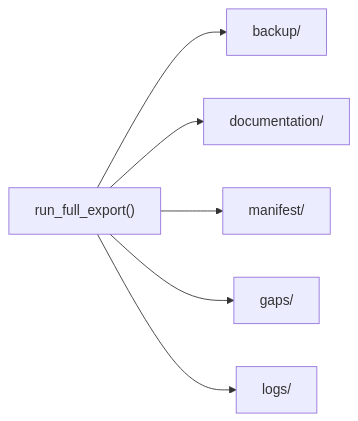
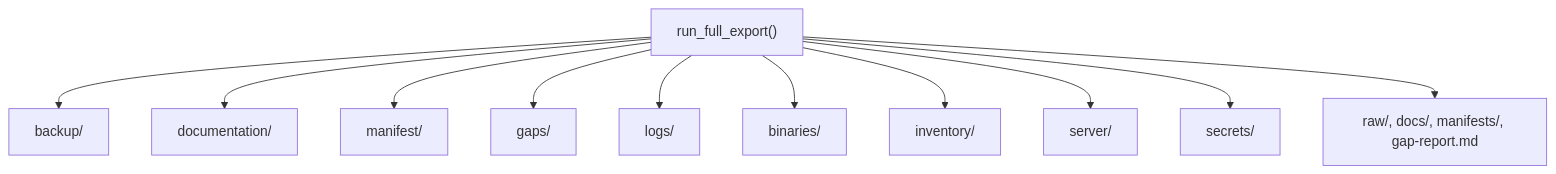
The diagram in docs/output/index.md (roto31/jamf-dossier), drawn with Mermaid before and after one commit. The commit also changed other lines of this file and 43 other files, not shown here.

````diff
--- a/docs/output/index.md
+++ b/docs/output/index.md
@@ -27,8 +33,13 @@
 ```mermaid
-flowchart LR
+flowchart TB
   Export["run_full_export()"] --> Backup["backup/"]
   Export --> Docs["documentation/"]
   Export --> Manifest["manifest/"]
   Export --> Gaps["gaps/"]
   Export --> Logs["logs/"]
+  Export --> Bin["binaries/"]
+  Export --> Inv["inventory/"]
+  Export --> Srv["server/"]
+  Export --> Sec["secrets/"]
+  Export --> Legacy["raw/, docs/, manifests/, gap-report.md"]
 ```
````
